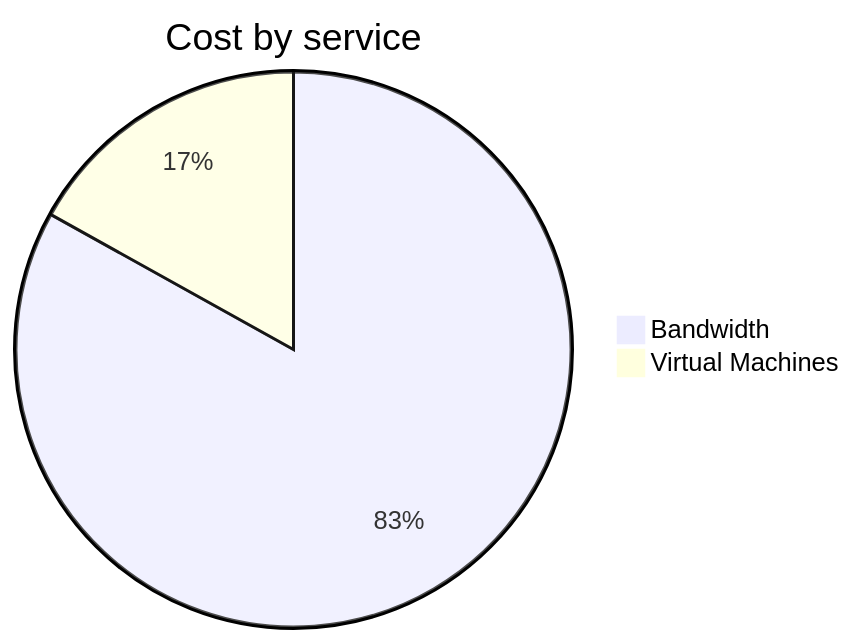
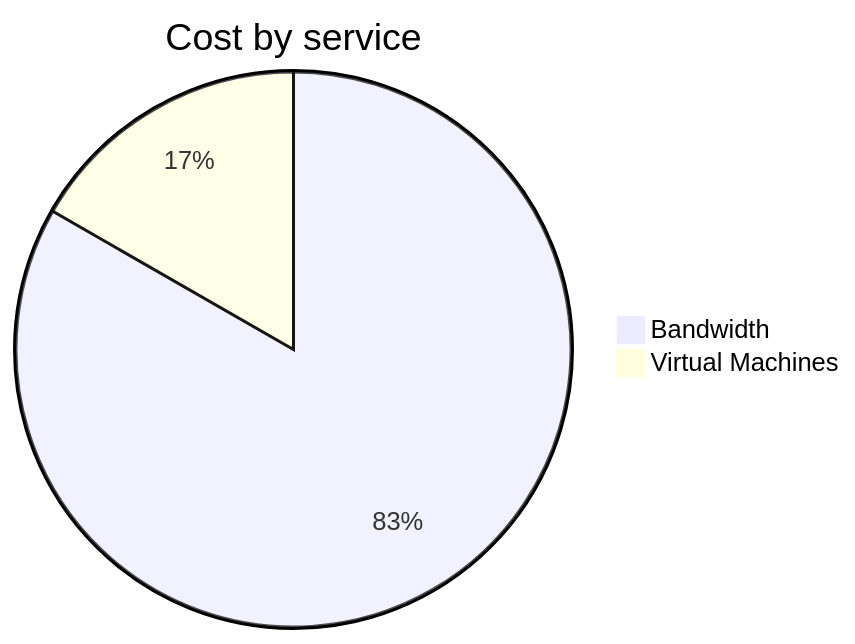
The second of 4 diagrams in cost-reports/personal-network/vpn-server.md (jpfulton/azure-personal-reports), drawn with Mermaid before and after one commit. The commit also changed other lines of this file and 8 other files, not shown here.

````diff
--- a/cost-reports/personal-network/vpn-server.md
+++ b/cost-reports/personal-network/vpn-server.md
@@ -92,6 +92,6 @@
 ```mermaid
 pie
    title Cost by service
-   "Bandwidth" : 2.75
-   "Virtual Machines" : 0.56
+   "Bandwidth" : 3.74
+   "Virtual Machines" : 0.75
 ```
````
